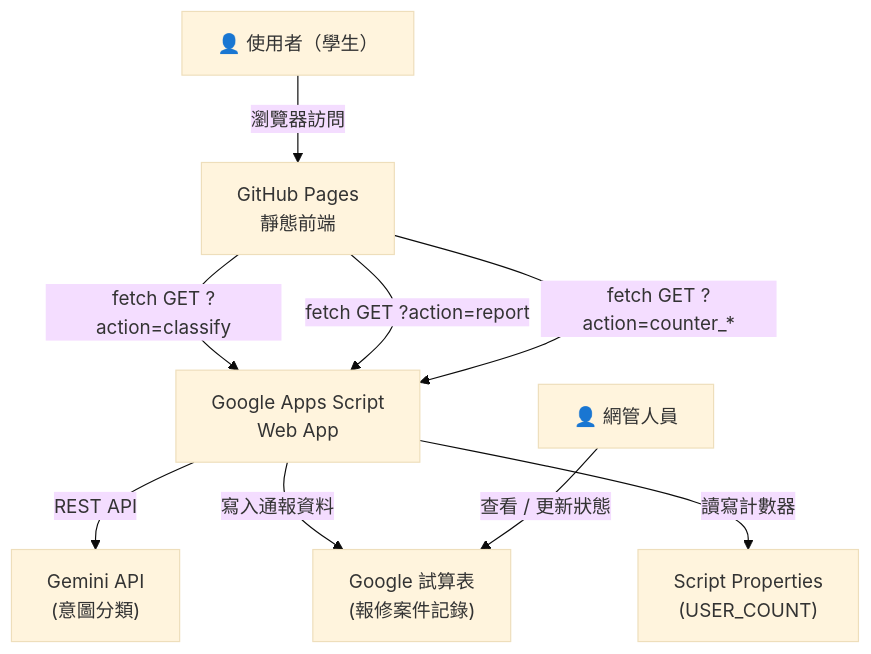
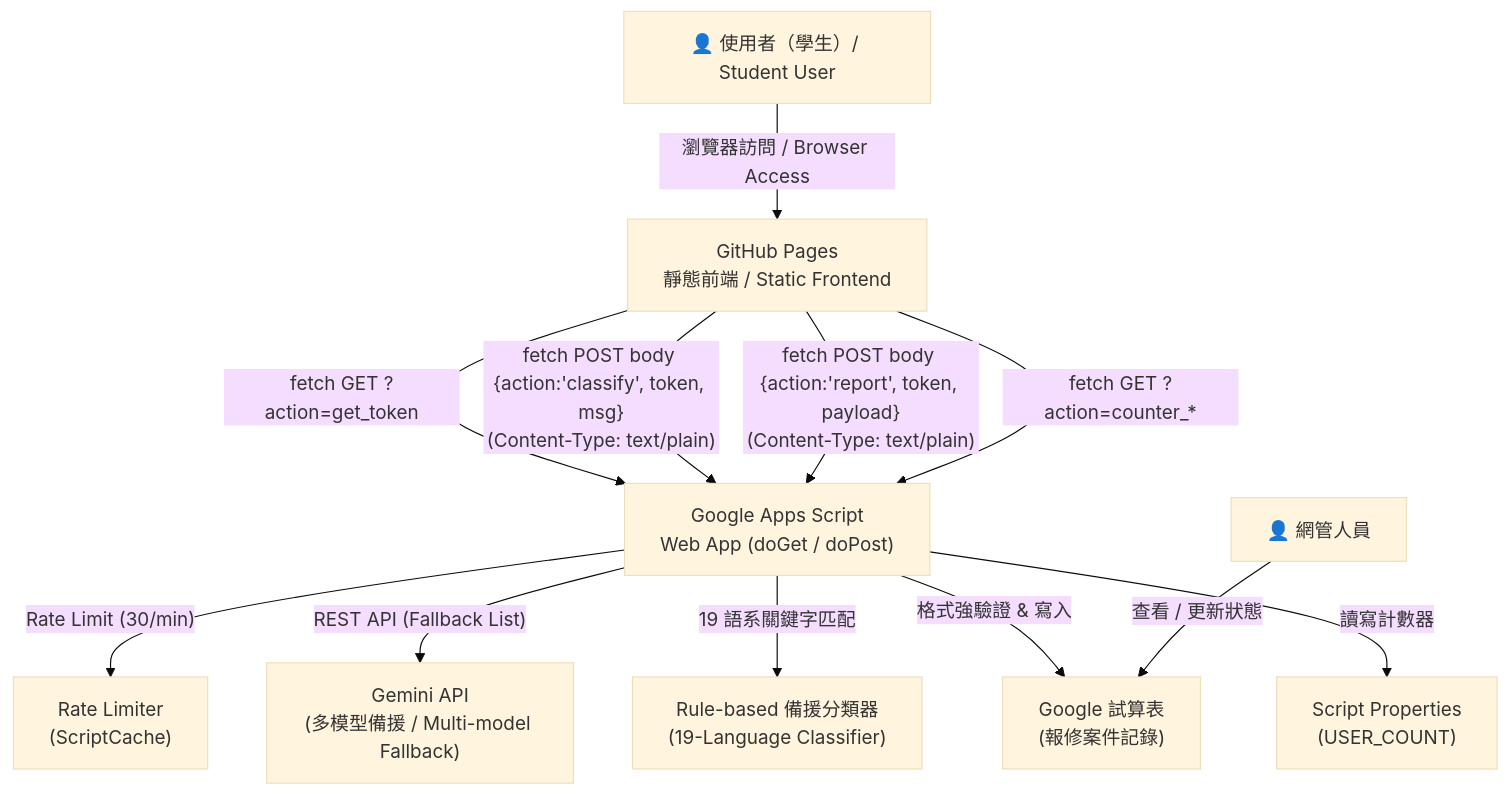
Before and after one commit to chinglin-k/FCU_NE_Chat_Bot: the diagram in doc/architecture.md, drawn with Mermaid (base theme). The commit also changed other lines of this file and 8 other files, not shown here.

````diff
--- a/doc/architecture.md
+++ b/doc/architecture.md
@@ -11,11 +10,14 @@
 ```mermaid
 graph TD
-    User["👤 使用者（學生）"] -->|瀏覽器訪問| GHP["GitHub Pages\n靜態前端"]
-    GHP -->|"fetch GET ?action=classify"| GAS["Google Apps Script\nWeb App"]
-    GHP -->|"fetch GET ?action=report"| GAS
+    User["👤 使用者（學生）/ Student User"] -->|瀏覽器訪問 / Browser Access| GHP["GitHub Pages\n靜態前端 / Static Frontend"]
+    GHP -->|"fetch GET ?action=get_token"| GAS["Google Apps Script\nWeb App (doGet / doPost)"]
+    GHP -->|"fetch POST body {action:'classify', token, msg}\n(Content-Type: text/plain)"| GAS
+    GHP -->|"fetch POST body {action:'report', token, payload}\n(Content-Type: text/plain)"| GAS
     GHP -->|"fetch GET ?action=counter_*"| GAS
-    GAS -->|"REST API"| Gemini["Gemini API\n(意圖分類)"]
-    GAS -->|"寫入通報資料"| Sheet["Google 試算表\n(報修案件記錄)"]
+    GAS -->|"Rate Limit (30/min)"| RateLimit["Rate Limiter\n(ScriptCache)"]
+    GAS -->|"REST API (Fallback List)"| Gemini["Gemini API\n(多模型備援 / Multi-model Fallback)"]
+    GAS -->|"19 語系關鍵字匹配"| RuleEngine["Rule-based 備援分類器\n(19-Language Classifier)"]
+    GAS -->|"格式強驗證 & 寫入"| Sheet["Google 試算表\n(報修案件記錄)"]
     GAS -->|"讀寫計數器"| Props["Script Properties\n(USER_COUNT)"]
     Admin["👤 網管人員"] -->|"查看 / 更新狀態"| Sheet
 ```
````
